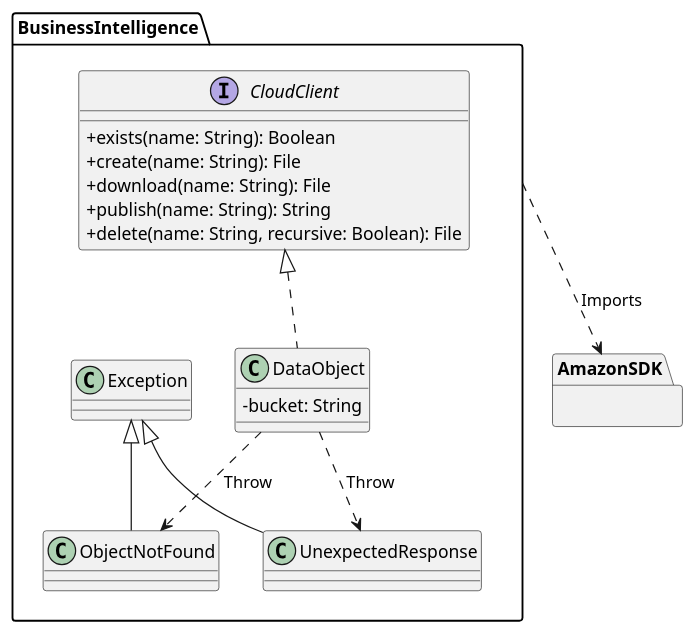
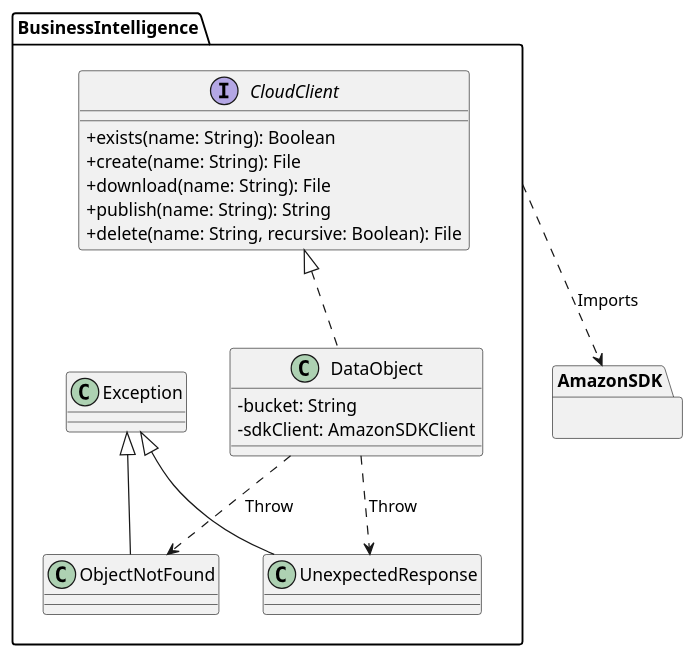
Before and after one commit to CPNV-ES-BI/BI_ELIXIR_AWS: the diagram in docs/class_diagrams/data_object.puml, drawn with PlantUML. The commit also changed 4 other files, not shown here.

Commit message:
Add missing sdk client to DataObject class diagram

```diff
--- a/docs/class_diagrams/data_object.puml
+++ b/docs/class_diagrams/data_object.puml
@@ -1,33 +1,34 @@
 @startuml DataObject
 skinparam classAttributeIconSize 0
 package BusinessIntelligence {
     interface CloudClient {
      +exists(name: String): Boolean
      +create(name: String): File
      +download(name: String): File
      +publish(name: String): String
      +delete(name: String, recursive: Boolean): File
     }
 
     class DataObject {
      -bucket: String
+     -sdkClient: AmazonSDKClient
     }
 
     class Exception
     class ObjectNotFound
     class UnexpectedResponse
 
     CloudClient <|.. DataObject
 
     Exception <|-- ObjectNotFound
     Exception <|-- UnexpectedResponse
 
     DataObject ..> ObjectNotFound: Throw
     DataObject ..> UnexpectedResponse: Throw
 }
 
 package AmazonSDK {}
 
 BusinessIntelligence ..> AmazonSDK: Imports
 
 @enduml
```
